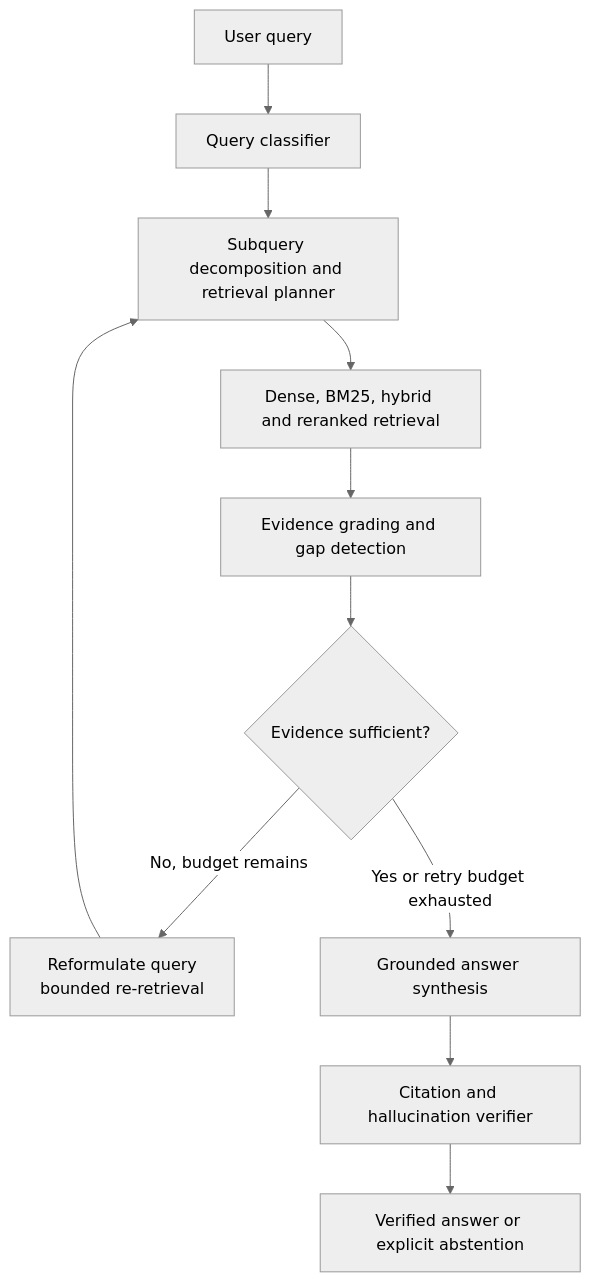
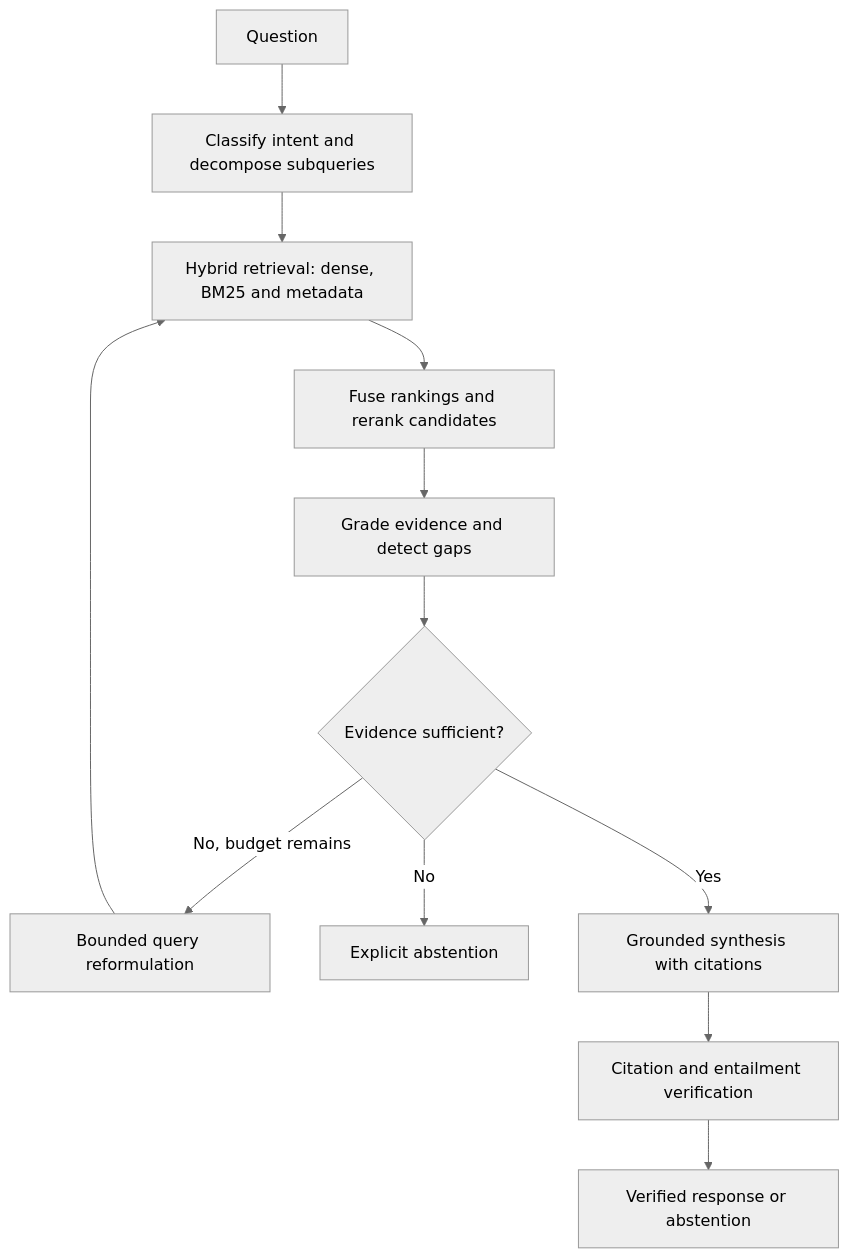
One commit to MokuLakshithReddy/agentic-rag-engine changed the diagram in README.md. Above: the diagram before and after it, drawn with Mermaid (neutral theme). The commit also changed other lines of this file, not shown here.

Commit message:
docs: add visual workflow and evidence summary

````diff
--- a/README.md
+++ b/README.md
@@ -23,13 +23,14 @@
 ```mermaid
 flowchart TD
-    Q["User query"] --> A["Query classifier"]
-    A --> P["Subquery decomposition and retrieval planner"]
-    P --> R["Dense, BM25, hybrid and reranked retrieval"]
-    R --> G["Evidence grading and gap detection"]
-    G --> D{"Evidence sufficient?"}
-    D -->|"No, budget remains"| X["Reformulate query<br/>bounded re-retrieval"]
-    X --> P
-    D -->|"Yes or retry budget exhausted"| S["Grounded answer synthesis"]
-    S --> V["Citation and hallucination verifier"]
-    V --> O["Verified answer or explicit abstention"]
+    A["Question"] --> B["Classify intent and decompose subqueries"]
+    B --> C["Hybrid retrieval: dense, BM25 and metadata"]
+    C --> D["Fuse rankings and rerank candidates"]
+    D --> E["Grade evidence and detect gaps"]
+    E --> F{"Evidence sufficient?"}
+    F -->|No, budget remains| G["Bounded query reformulation"]
+    G --> C
+    F -->|No| H["Explicit abstention"]
+    F -->|Yes| I["Grounded synthesis with citations"]
+    I --> J["Citation and entailment verification"]
+    J --> K["Verified response or abstention"]
 ```
````
